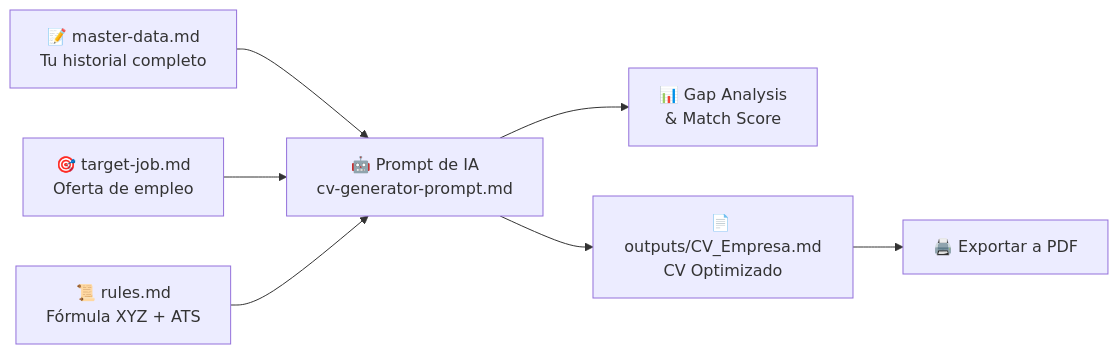
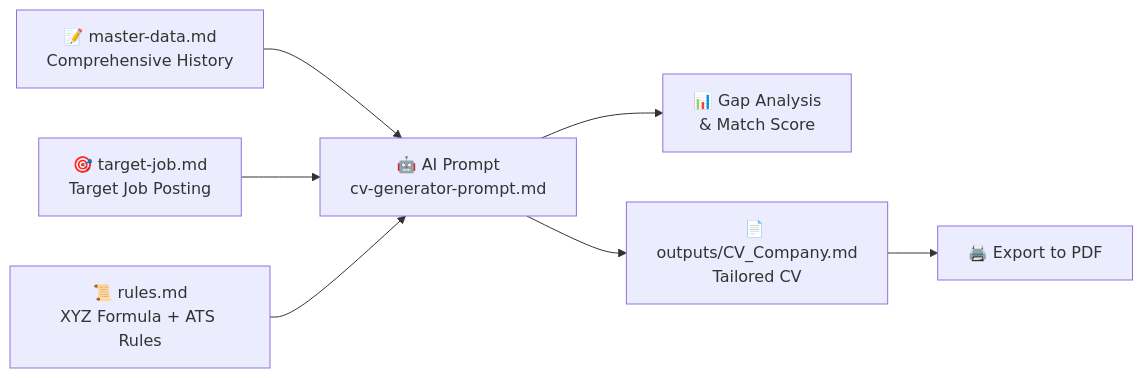
The diagram in README.md (dann95moz/customs-CVs), drawn with Mermaid before and after one commit. The commit also changed other lines of this file and 2 other files, not shown here.

````diff
--- a/README.md
+++ b/README.md
@@ -44,9 +44,9 @@
 ```mermaid
 flowchart LR
-    A[📝 master-data.md<br>Tu historial completo] --> D[🤖 Prompt de IA<br>cv-generator-prompt.md]
-    B[🎯 target-job.md<br>Oferta de empleo] --> D
-    C[📜 rules.md<br>Fórmula XYZ + ATS] --> D
+    A[📝 master-data.md<br>Comprehensive History] --> D[🤖 AI Prompt<br>cv-generator-prompt.md]
+    B[🎯 target-job.md<br>Target Job Posting] --> D
+    C[📜 rules.md<br>XYZ Formula + ATS Rules] --> D
     D --> E[📊 Gap Analysis<br>& Match Score]
-    D --> F[📄 outputs/CV_Empresa.md<br>CV Optimizado]
-    F --> G[🖨️ Exportar a PDF]
+    D --> F[📄 outputs/CV_Company.md<br>Tailored CV]
+    F --> G[🖨️ Export to PDF]
 ```
````
